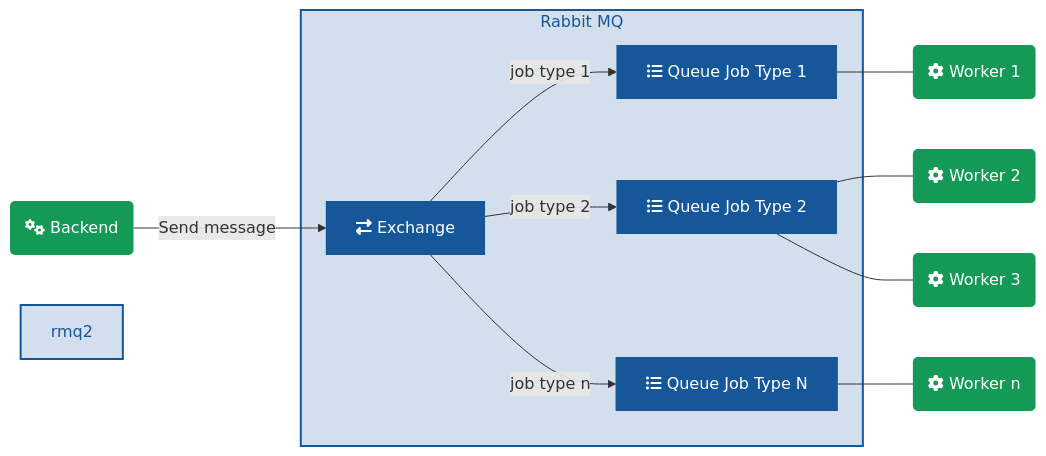
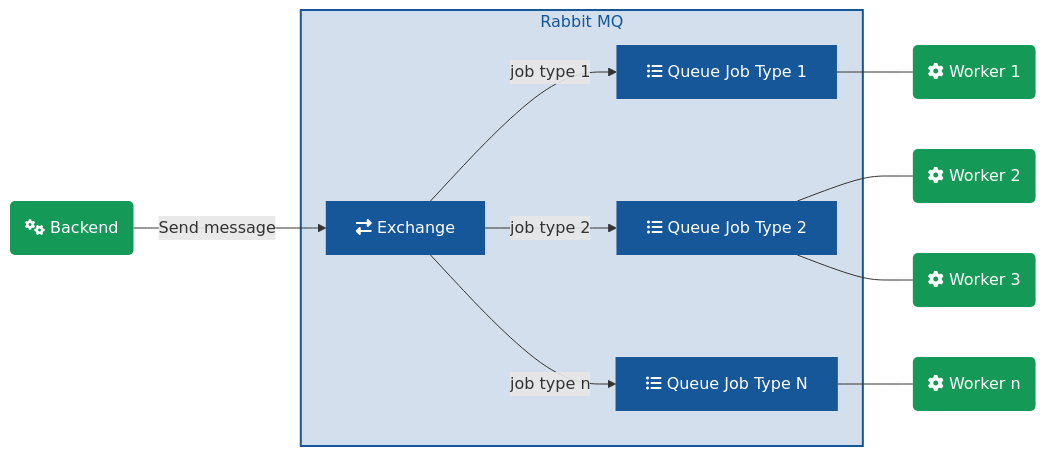
Before and after one commit to media-cloud-ai/media-cloud-ai.github.com: the second of 3 diagrams in step_flow.md, drawn with Mermaid. The commit also changed other lines of this file, not shown here.

```diff
--- a/step_flow.md
+++ b/step_flow.md
@@ -26,36 +26,35 @@
 <div class="mermaid">
 graph LR
 backend(fa:fa-cogs Backend) --> |Send message| exchange_1[fa:fa-exchange-alt Exchange]
 
 subgraph rmq[Rabbit MQ]
   exchange_1-->|job type 1| q_worker_1[fa:fa-list-ul Queue Job Type 1]
   exchange_1 -->|job type 2| q_worker_2[fa:fa-list-ul Queue Job Type 2]
   exchange_1 -->|job type n| q_worker_n[fa:fa-list-ul Queue Job Type N]
 end
 
 q_worker_1 --- w1(fa:fa-cog Worker 1)
 q_worker_2 --- w2(fa:fa-cog Worker 2)
 q_worker_2 --- w3(fa:fa-cog Worker 3)
 q_worker_n --- wn(fa:fa-cog Worker n)
 
 classDef blue fill:#155799,stroke: none,color: #fff;
 classDef green fill:#159957,stroke: none,color: #fff;
 
 class backend green
 class backend2 green
 class backend3 green
 class w1 green
 class w2 green
 class w3 green
 class wn green
 class q_worker_1 blue
 class q_worker_2 blue
 class q_worker_n blue
 class q_completed blue
 class q_error blue
 class exchange_1 blue
 class exchange_2 blue
 
 style rmq fill:#15579930,stroke:#155799,stroke-width:2px,color:#155799
-style rmq2 fill:#15579930,stroke:#155799,stroke-width:2px,color:#155799
 </div>
```
